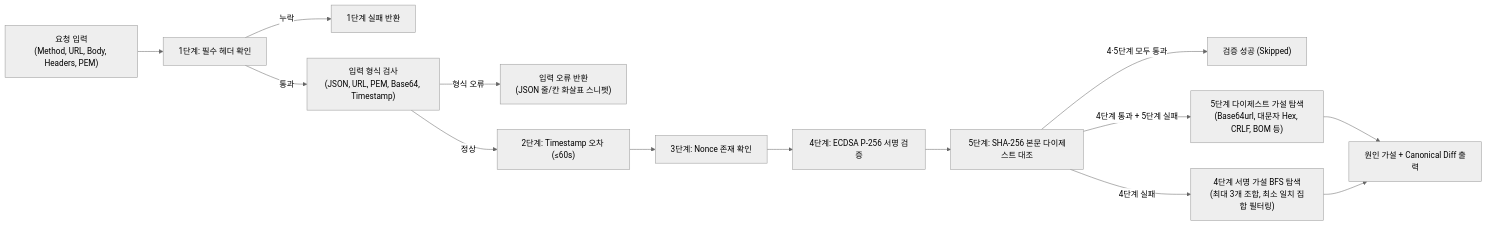
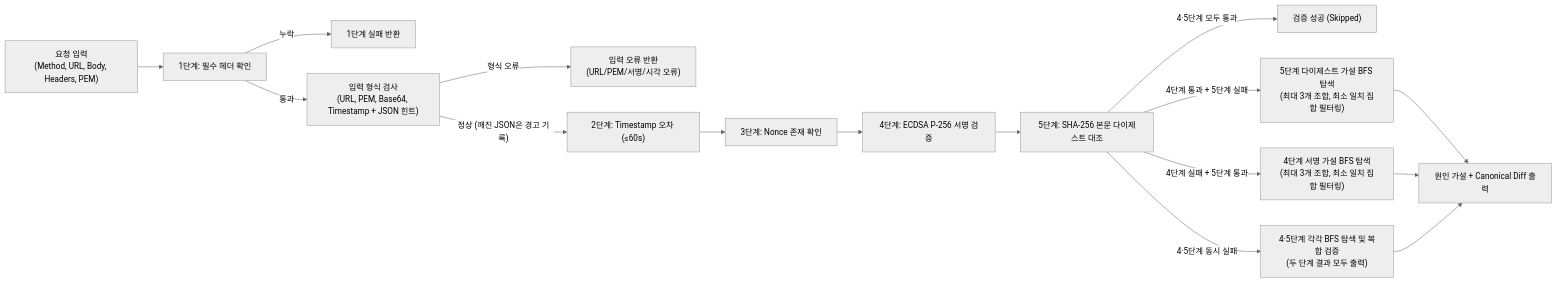
The second of 2 diagrams in README.md (altdmfk/pop-diagnoser), drawn with Mermaid (neutral theme) before and after one commit. The commit also changed other lines of this file and 25 other files, not shown here.

````diff
--- a/README.md
+++ b/README.md
@@ -131,16 +140,18 @@
 ```mermaid
 flowchart LR
     Input["요청 입력<br/>(Method, URL, Body, Headers, PEM)"] --> S1["1단계: 필수 헤더 확인"]
     S1 -- "누락" --> Out1["1단계 실패 반환"]
-    S1 -- "통과" --> Parse["입력 형식 검사<br/>(JSON, URL, PEM, Base64, Timestamp)"]
-    Parse -- "형식 오류" --> Err["입력 오류 반환<br/>(JSON 줄/칸 화살표 스니펫)"]
-    Parse -- "정상" --> S2["2단계: Timestamp 오차 (≤60s)"]
+    S1 -- "통과" --> Parse["입력 형식 검사<br/>(URL, PEM, Base64, Timestamp + JSON 힌트)"]
+    Parse -- "형식 오류" --> Err["입력 오류 반환<br/>(URL/PEM/서명/시각 오류)"]
+    Parse -- "정상 (깨진 JSON은 경고 기록)" --> S2["2단계: Timestamp 오차 (≤60s)"]
     S2 --> S3["3단계: Nonce 존재 확인"]
     S3 --> S4["4단계: ECDSA P-256 서명 검증"]
     S4 --> S5["5단계: SHA-256 본문 다이제스트 대조"]
     S5 -- "4·5단계 모두 통과" --> Pass["검증 성공 (Skipped)"]
-    S5 -- "4단계 통과 + 5단계 실패" --> H5["5단계 다이제스트 가설 탐색<br/>(Base64url, 대문자 Hex, CRLF, BOM 등)"]
-    S5 -- "4단계 실패" --> H4["4단계 서명 가설 BFS 탐색<br/>(최대 3개 조합, 최소 일치 집합 필터링)"]
+    S5 -- "4단계 통과 + 5단계 실패" --> H5["5단계 다이제스트 가설 BFS 탐색<br/>(최대 3개 조합, 최소 일치 집합 필터링)"]
+    S5 -- "4단계 실패 + 5단계 통과" --> H4["4단계 서명 가설 BFS 탐색<br/>(최대 3개 조합, 최소 일치 집합 필터링)"]
+    S5 -- "4·5단계 동시 실패" --> H45["4·5단계 각각 BFS 탐색 및 복합 검증<br/>(두 단계 결과 모두 출력)"]
     H5 --> Diff["원인 가설 + Canonical Diff 출력"]
     H4 --> Diff
+    H45 --> Diff
 ```
````
